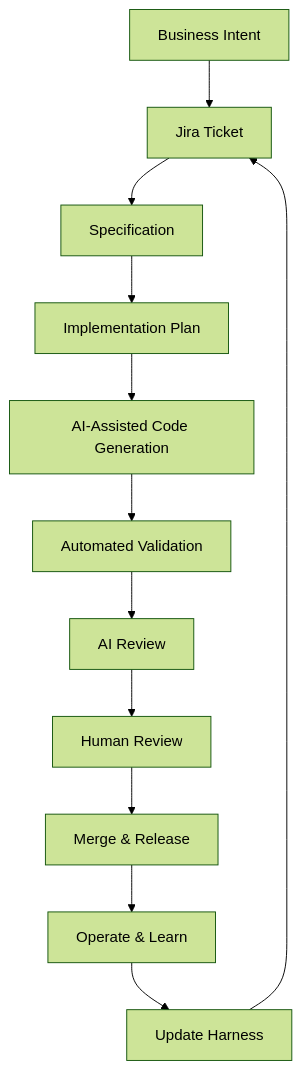
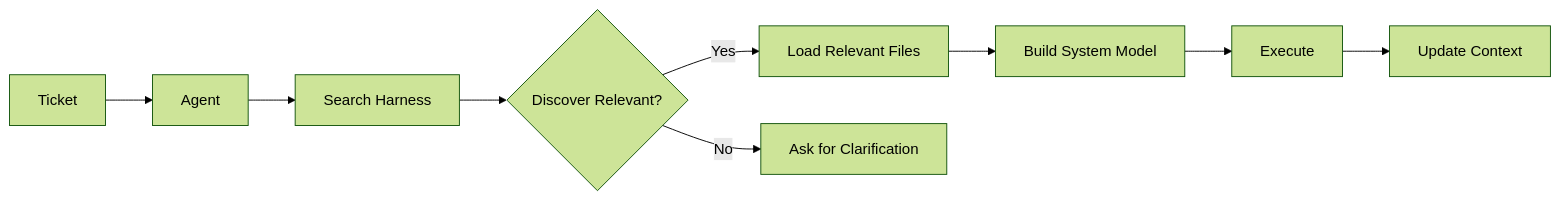
The fifth of 17 diagrams in README.md (Hatalabdallah/retail-cc-ai-playbook), drawn with Mermaid (forest theme) before and after one commit. The commit also changed other lines of this file and 1 other file, not shown here.

````diff
--- a/README.md
+++ b/README.md
@@ -144,14 +340,11 @@
 ```mermaid
-flowchart TD
-    A[Business Intent] --> B[Jira Ticket]
-    B --> C[Specification]
-    C --> D[Implementation Plan]
-    D --> E[AI‑Assisted Code Generation]
-    E --> F[Automated Validation]
-    F --> G[AI Review]
-    G --> H[Human Review]
-    H --> I[Merge & Release]
-    I --> J[Operate & Learn]
-    J --> K[Update Harness]
-    K --> B
+flowchart LR
+    TICKET[Ticket] --> AGENT[Agent]
+    AGENT --> SEARCH[Search Harness]
+    SEARCH --> DISCOVER{Discover Relevant?}
+    DISCOVER -->|Yes| LOAD[Load Relevant Files]
+    DISCOVER -->|No| ASK[Ask for Clarification]
+    LOAD --> BUILD[Build System Model]
+    BUILD --> EXECUTE[Execute]
+    EXECUTE --> UPDATE[Update Context]
 ```
````
